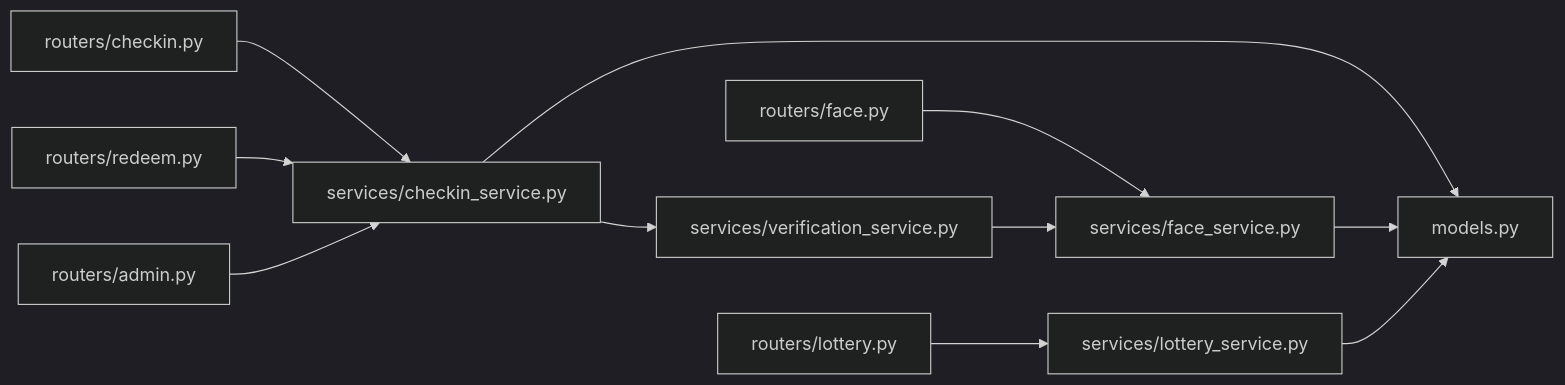
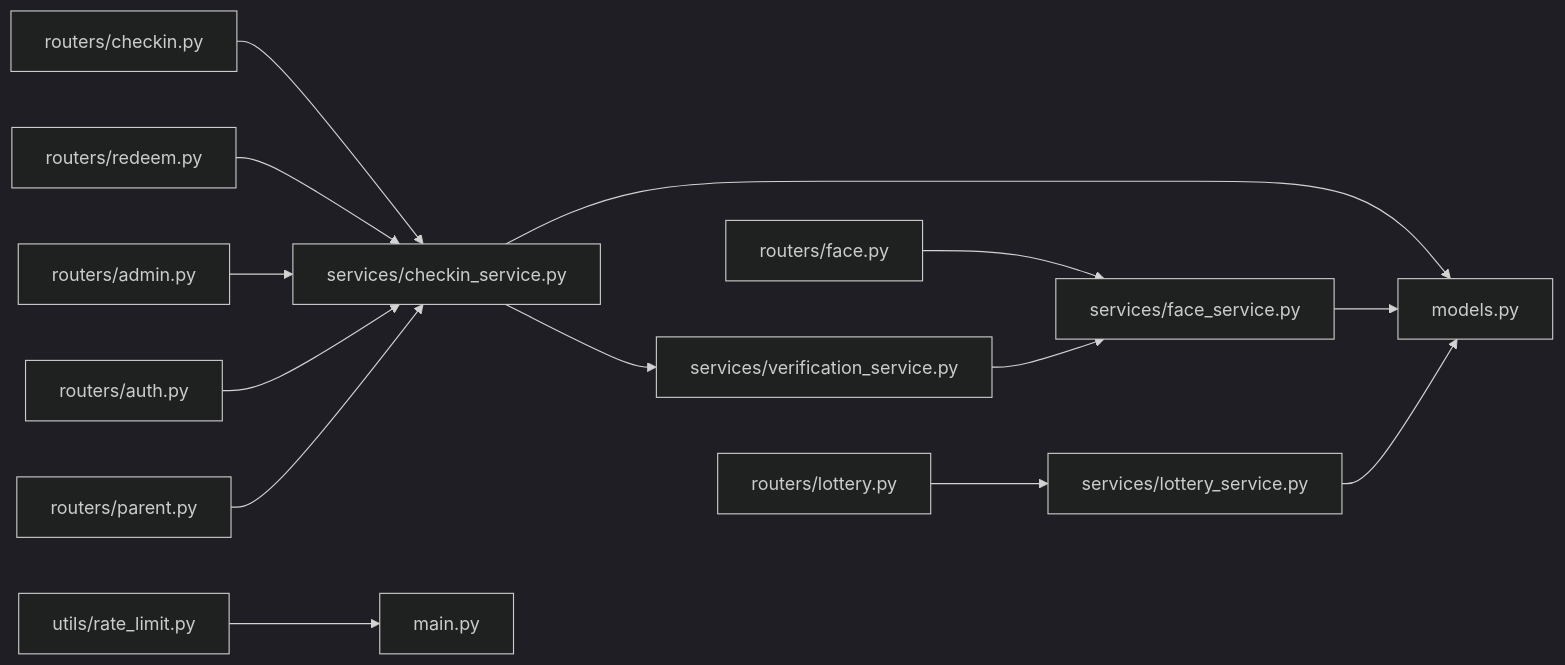
One commit to onebody/homework changed the tenth of 10 diagrams in .qoder/repowiki/zh/content/项目概述/暑假作业打卡系统介绍/暑假作业打卡系统介绍.md. Above: the diagram before and after it, drawn with Mermaid (dark theme). The commit also changed other lines of this file and 15 other files, not shown here.

````diff
--- a/.qoder/repowiki/zh/content/项目概述/暑假作业打卡系统介绍/暑假作业打卡系统介绍.md
+++ b/.qoder/repowiki/zh/content/项目概述/暑假作业打卡系统介绍/暑假作业打卡系统介绍.md
@@ -323,13 +464,16 @@
 ```mermaid
 graph LR
 R1["routers/checkin.py"] --> S1["services/checkin_service.py"]
 R2["routers/face.py"] --> S2["services/face_service.py"]
 R3["routers/lottery.py"] --> S3["services/lottery_service.py"]
 R4["routers/redeem.py"] --> S1
 R5["routers/admin.py"] --> S1
+R6["routers/auth.py"] --> S1
+R7["routers/parent.py"] --> S1
 S1 --> M["models.py"]
 S2 --> M
 S3 --> M
 S1 --> V["services/verification_service.py"]
 V --> S2
+RL["utils/rate_limit.py"] --> API["main.py"]
 ```
````
